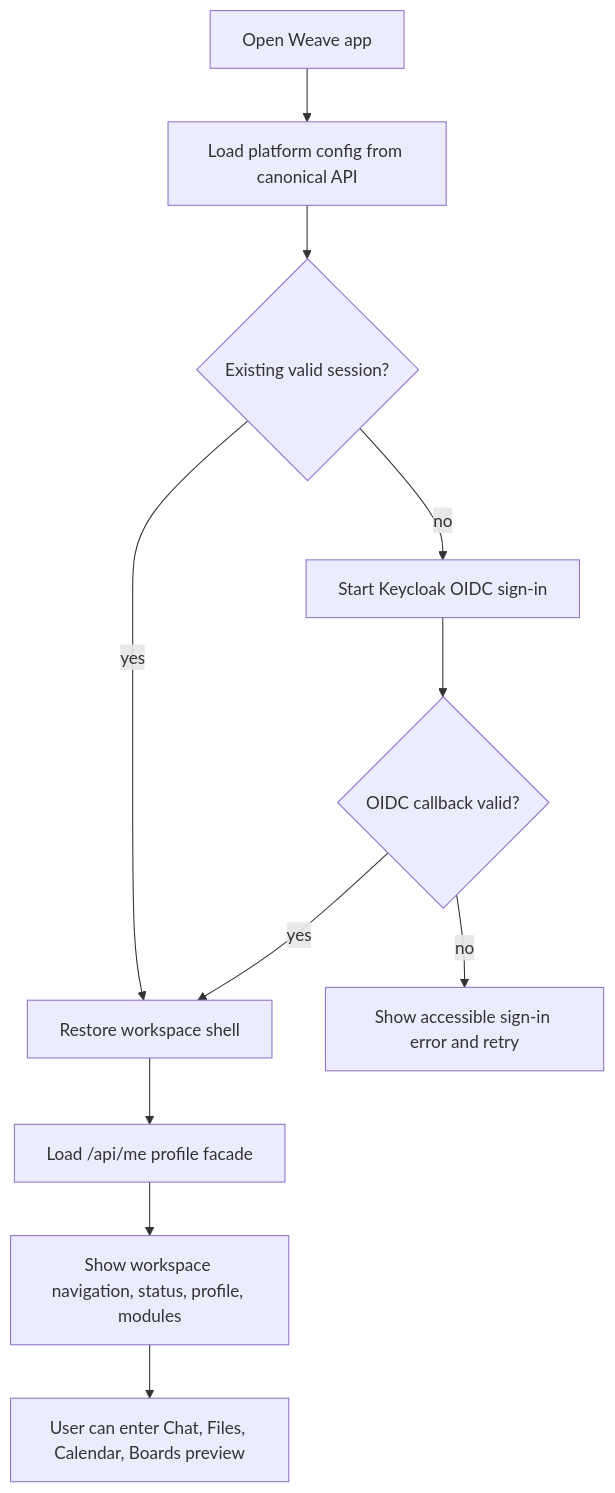
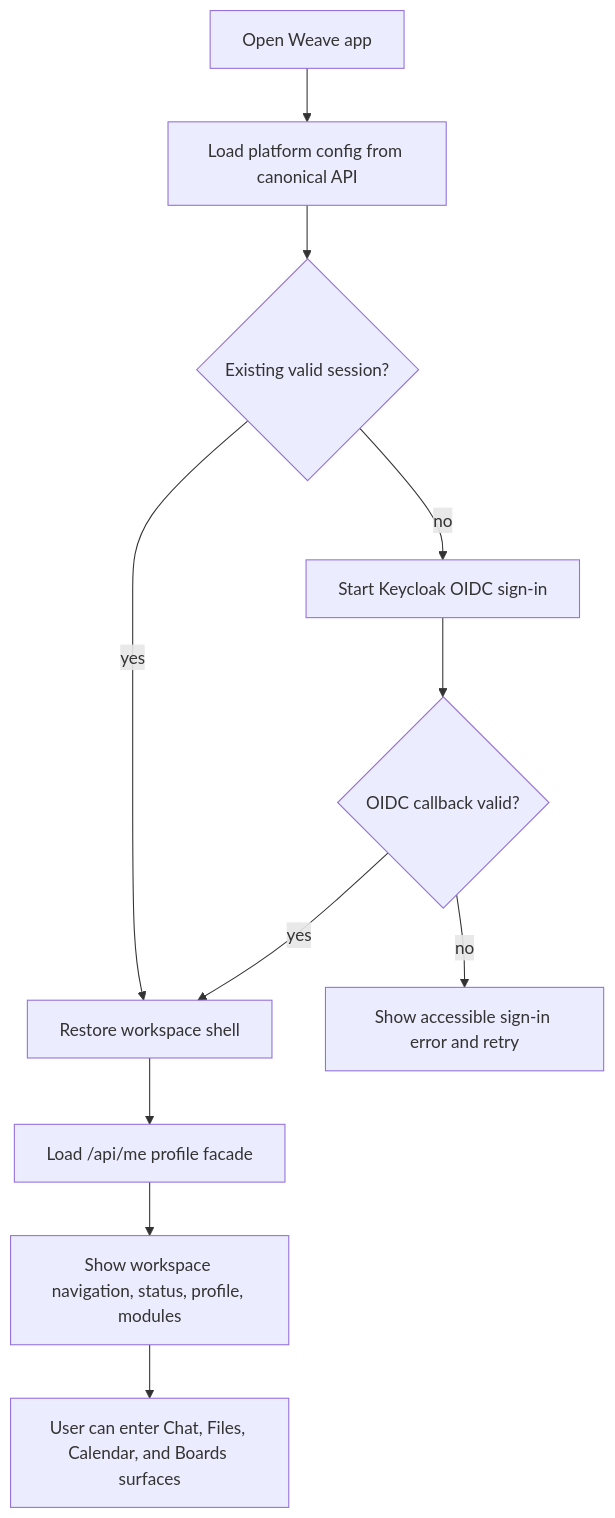
The first of 7 diagrams in docs/product-flow-activity-diagrams.md (masssi164/weave), drawn with Mermaid before and after one commit. The commit also changed other lines of this file and 569 other files, not shown here.

````diff
--- a/docs/product-flow-activity-diagrams.md
+++ b/docs/product-flow-activity-diagrams.md
@@ -23,13 +23,13 @@
 ```mermaid
 flowchart TD
   A[Open Weave app] --> B[Load platform config from canonical API]
   B --> C{Existing valid session?}
   C -- yes --> F[Restore workspace shell]
   C -- no --> D[Start Keycloak OIDC sign-in]
   D --> E{OIDC callback valid?}
   E -- no --> X[Show accessible sign-in error and retry]
   E -- yes --> F
   F --> G[Load /api/me profile facade]
   G --> H[Show workspace navigation, status, profile, modules]
-  H --> I[User can enter Chat, Files, Calendar, Boards preview]
+  H --> I[User can enter Chat, Files, Calendar, and Boards surfaces]
 ```
````
